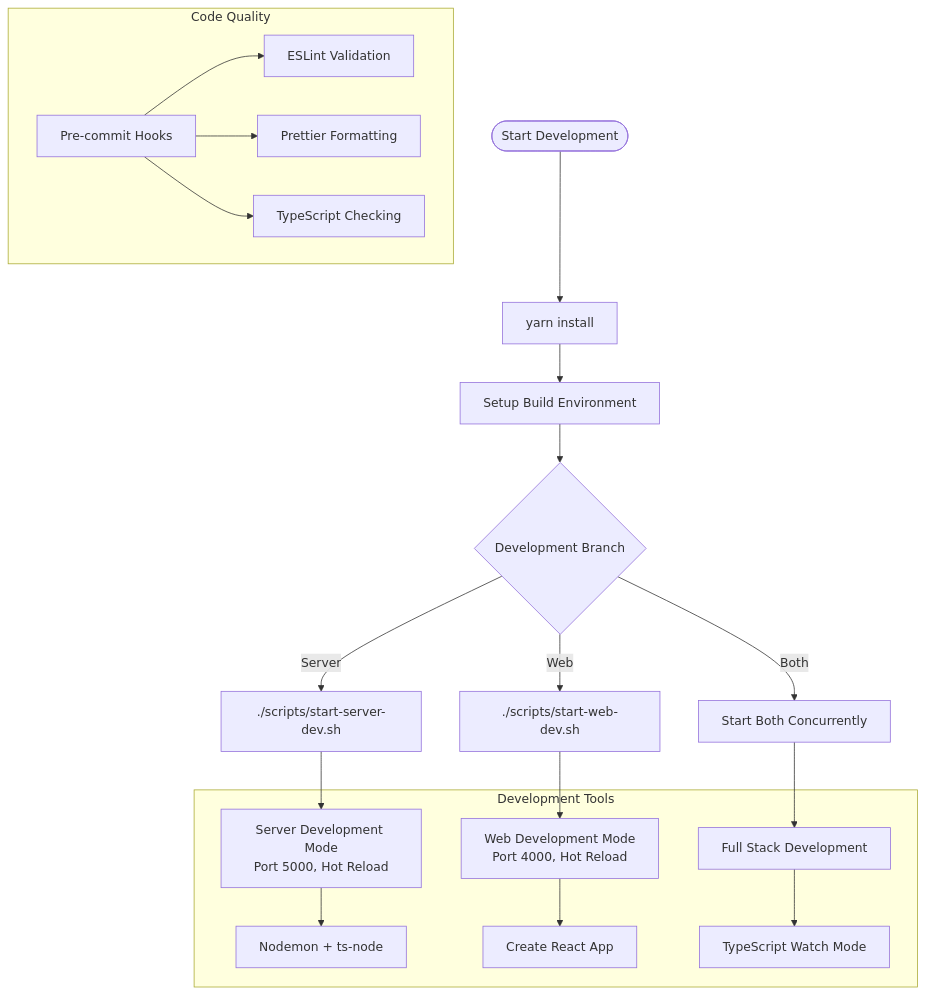
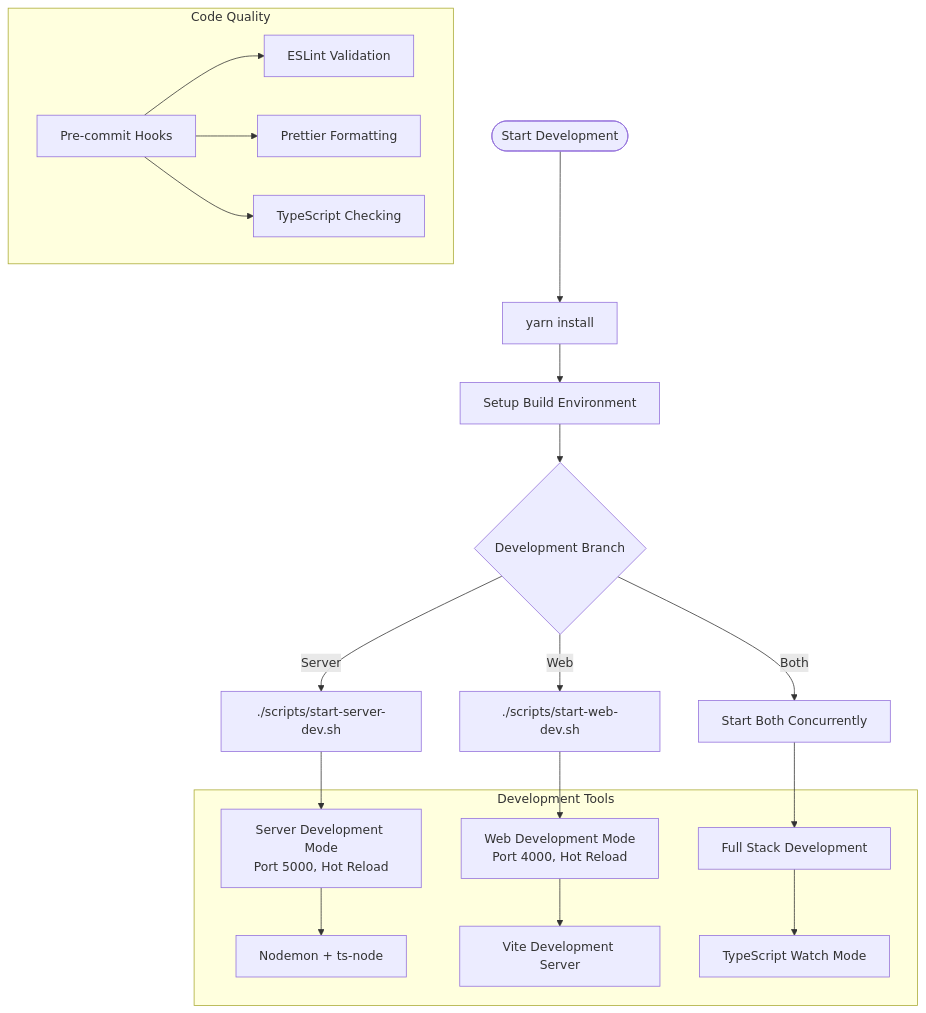
One commit to psousa50/codenames50 changed the first of 11 diagrams in docs/development.md. Above: the diagram before and after it, drawn with Mermaid. The commit also changed other lines of this file and 7 other files, not shown here.

````diff
--- a/docs/development.md
+++ b/docs/development.md
@@ -5,31 +5,31 @@
 ```mermaid
 flowchart TD
     Start([Start Development]) --> Install[yarn install]
     Install --> BuildSetup[Setup Build Environment]
     
     BuildSetup --> DevBranch{Development Branch}
     DevBranch -->|Server| StartServer[./scripts/start-server-dev.sh]
     DevBranch -->|Web| StartWeb[./scripts/start-web-dev.sh]
     DevBranch -->|Both| StartBoth[Start Both Concurrently]
     
     StartServer --> ServerDev[Server Development Mode<br/>Port 5000, Hot Reload]
     StartWeb --> WebDev[Web Development Mode<br/>Port 4000, Hot Reload]
     StartBoth --> BothDev[Full Stack Development]
     
     subgraph "Development Tools"
         ServerDev --> Nodemon[Nodemon + ts-node]
-        WebDev --> CRA[Create React App]
+        WebDev --> Vite[Vite Development Server]
         BothDev --> TypeScriptWatch[TypeScript Watch Mode]
     end
     
     subgraph "Code Quality"
         PreCommit[Pre-commit Hooks]
         ESLint[ESLint Validation]
         Prettier[Prettier Formatting]
         TypeCheck[TypeScript Checking]
         
         PreCommit --> ESLint
         PreCommit --> Prettier
         PreCommit --> TypeCheck
     end
 ```
````
